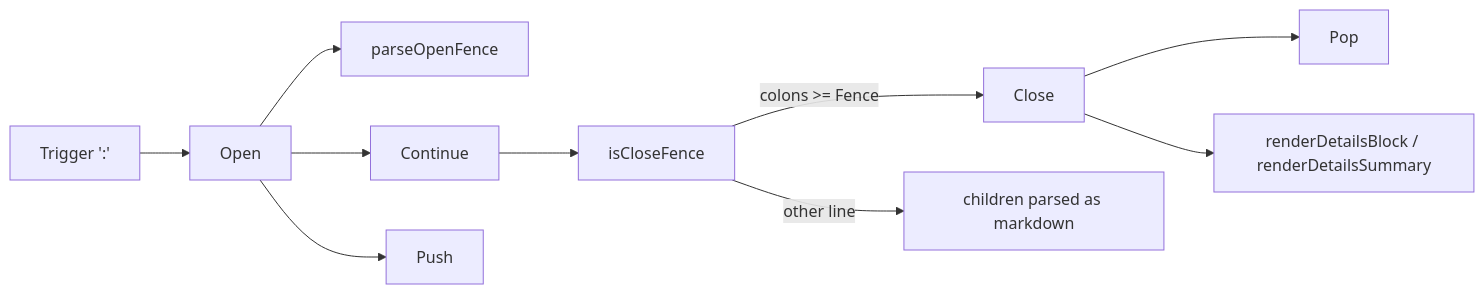
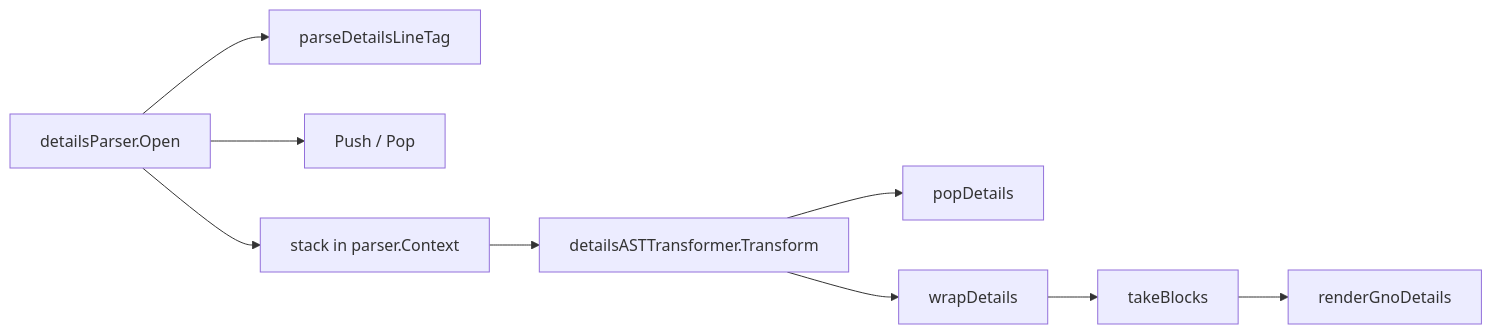
Before and after one commit to samouraiworld/gno-agent-workspace: the diagram in reviews/pr/5xxx/5593-gnoweb-details-block/overview.md, drawn with Mermaid. The commit also changed other lines of this file and 13 other files, not shown here.

Commit message:
review: PR 5593 round 6 on the <gno-details> rewrite, fixes applied

````diff
--- a/reviews/pr/5xxx/5593-gnoweb-details-block/overview.md
+++ b/reviews/pr/5xxx/5593-gnoweb-details-block/overview.md
@@ -52,12 +51,11 @@
 ```mermaid
 flowchart LR
-  T[Trigger ':'] --> O[Open]
-  O --> P[parseOpenFence]
-  O --> C[Continue]
-  C --> F[isCloseFence]
-  O --> U[Push]
-  F -- "colons >= Fence" --> X[Close]
-  X --> D[Pop]
-  F -- "other line" --> K[children parsed as markdown]
-  X --> R[renderDetailsBlock / renderDetailsSummary]
+  O[detailsParser.Open] --> P[parseDetailsLineTag]
+  O --> U[Push / Pop]
+  O --> S[stack in parser.Context]
+  S --> T[detailsASTTransformer.Transform]
+  T --> D[popDetails]
+  T --> W[wrapDetails]
+  W --> K[takeBlocks]
+  K --> R[renderGnoDetails]
 ```
````
